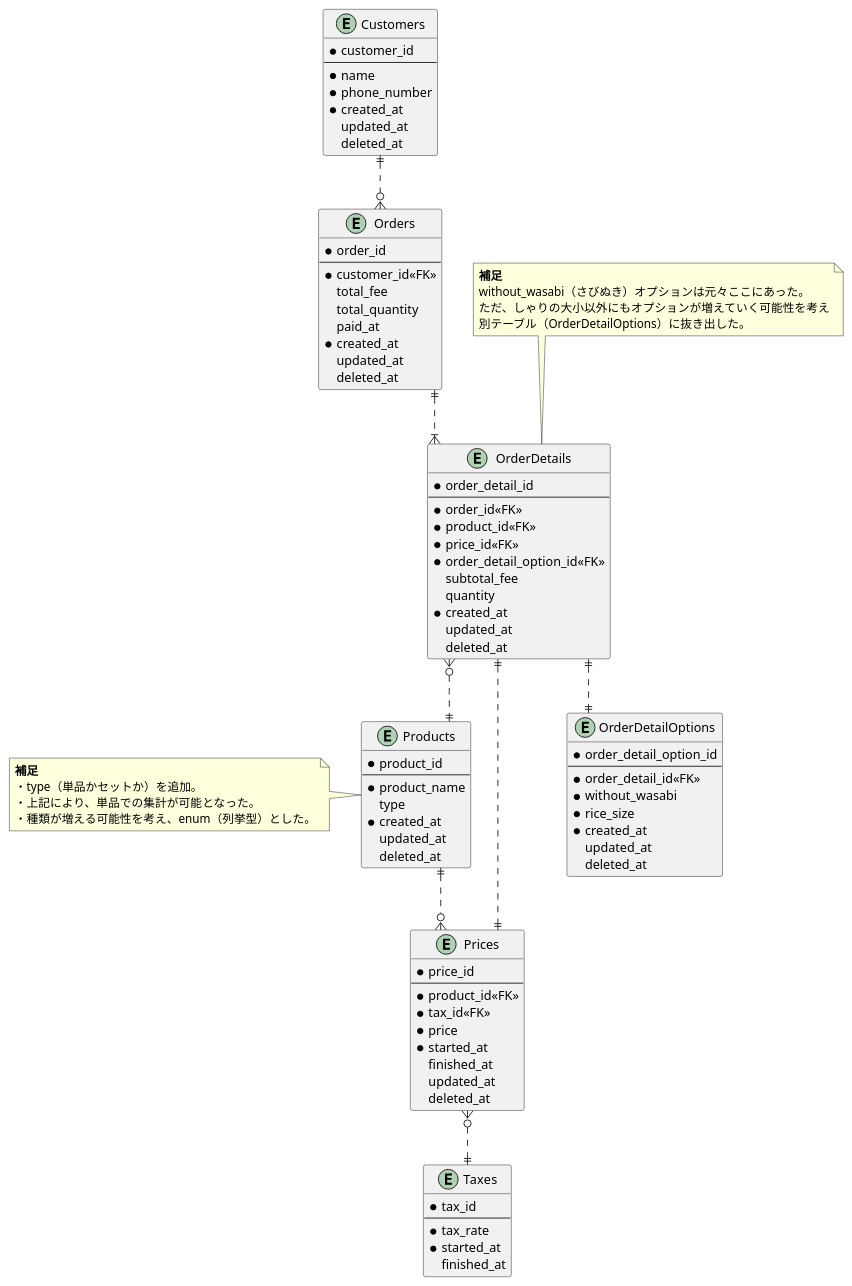
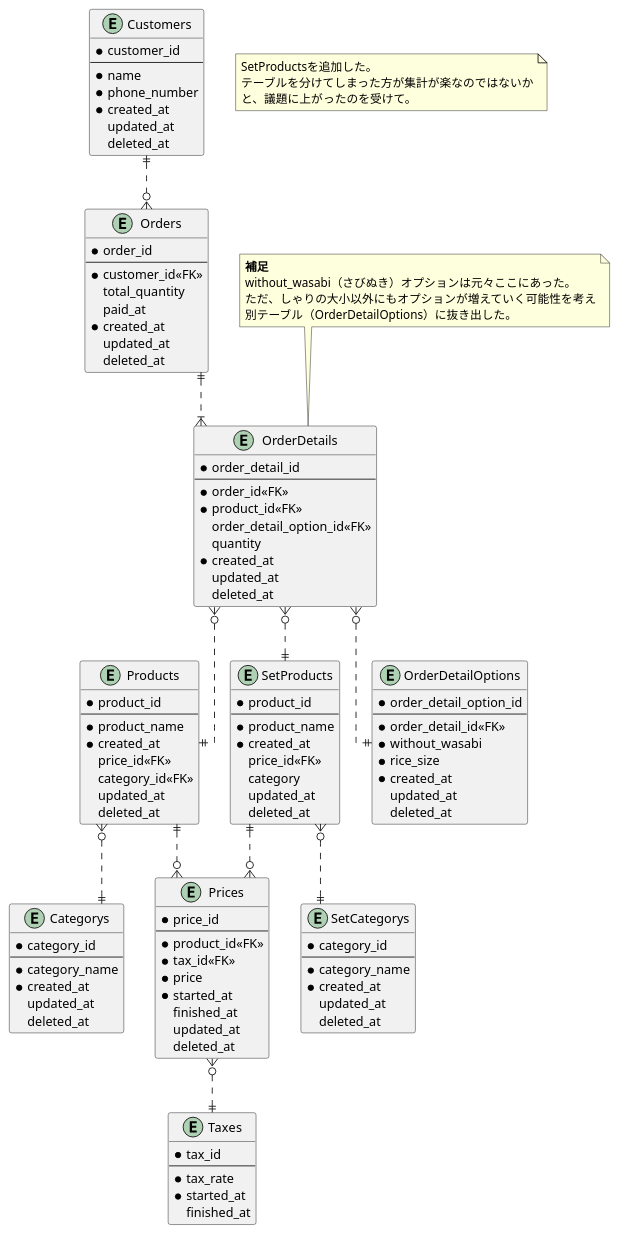
The diagram in 01_データベース設計/01_DBモデリング1/02_課題2/sushi_ordering_schema_02.puml (moritanuki/praha_challenge), drawn with PlantUML before and after one commit. The commit also changed 5 other files, not shown here.

```diff
--- a/01_データベース設計/01_DBモデリング1/02_課題2/sushi_ordering_schema_02.puml
+++ b/01_データベース設計/01_DBモデリング1/02_課題2/sushi_ordering_schema_02.puml
@@ -1,112 +1,144 @@
 @startuml sushi_ordering_schema_02
 
 skinparam {
   ' カーディナリティ斜め対策
    linetype ortho
 }
 
 ' 顧客マスタ
 entity "Customers" as Customers {
   * customer_id
   --
   * name
   * phone_number
   * created_at
     updated_at
     deleted_at
 }
 
-' 商品マスタ
+' 単品商品マスタ
 entity "Products" as Products {
   * product_id
   --
   * product_name
-    type
+  * created_at
+    price_id<<FK>>
+    category_id<<FK>>
+    updated_at
+    deleted_at
+}
+
+' 商品カテゴリマスタ
+entity "Categorys" as Categorys {
+  * category_id
+  --
+  * category_name
   * created_at
     updated_at
     deleted_at
 }
 
-note left of Products
-  <b>補足</b>
-  ・type（単品かセットか）を追加。
-  ・上記により、単品での集計が可能となった。
-  ・種類が増える可能性を考え、enum（列挙型）とした。
-end note
+' セット商品マスタ
+entity "SetProducts" as SetProducts {
+  * product_id
+  --
+  * product_name
+  * created_at
+    price_id<<FK>>
+    category
+    updated_at
+    deleted_at
+}
+
+' セット商品カテゴリマスタ
+entity "SetCategorys" as SetCategorys {
+  * category_id
+  --
+  * category_name
+  * created_at
+    updated_at
+    deleted_at
+}
 
 ' 商品金額テーブル
 entity "Prices" as Prices {
   * price_id
   --
   * product_id<<FK>>
   * tax_id<<FK>>
   * price
   * started_at
     finished_at
     updated_at
     deleted_at
 }
 
 ' 消費税マスタ
 entity "Taxes" as Taxes {
   * tax_id
   --
   * tax_rate
   * started_at
     finished_at
 }
 
 ' 注文テーブル
 entity "Orders" as Orders {
   * order_id
   --
   * customer_id<<FK>>
-    total_fee
     total_quantity
     paid_at
   * created_at
     updated_at
     deleted_at
 }
 
 entity "OrderDetails" as OrderDetails {
   * order_detail_id
   --
   * order_id<<FK>>
   * product_id<<FK>>
-  * price_id<<FK>>
-  * order_detail_option_id<<FK>>
-    subtotal_fee
+    order_detail_option_id<<FK>>
     quantity
   * created_at
     updated_at
     deleted_at
 }
 
 note top of OrderDetails
   <b>補足</b>
   without_wasabi（さびぬき）オプションは元々ここにあった。
   ただ、しゃりの大小以外にもオプションが増えていく可能性を考え
   別テーブル（OrderDetailOptions）に抜き出した。
 end note
 
 entity "OrderDetailOptions" as OrderDetailOptions {
   * order_detail_option_id
   --
   * order_detail_id<<FK>>
   * without_wasabi
   * rice_size
   * created_at
     updated_at
     deleted_at
 }
 
 Customers ||..o{ Orders
 Orders ||..|{ OrderDetails
-OrderDetails ||..|| OrderDetailOptions
+OrderDetails }o..|| OrderDetailOptions
 OrderDetails }o..|| Products
-OrderDetails ||..|| Prices
+OrderDetails }o..|| SetProducts
 Products ||..o{ Prices
+SetProducts ||..o{ Prices
+Products }o..|| Categorys
+SetProducts }o..|| SetCategorys
 Prices }o..|| Taxes
 
+note as note1
+  SetProductsを追加した。
+  テーブルを分けてしまった方が集計が楽なのではないか
+  と、議題に上がったのを受けて。
+end note
+
 @enduml
```
